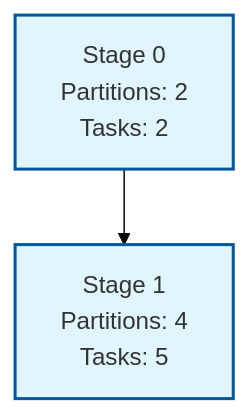
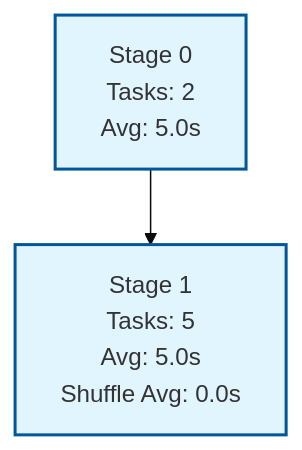
Before and after one commit to fhalde/fauxspark: the diagram in examples/shuffle/README.md, drawn with Mermaid (base theme). The commit also changed other lines of this file, not shown here.

````diff
--- a/examples/shuffle/README.md
+++ b/examples/shuffle/README.md
@@ -9,7 +9,7 @@
 ```mermaid
 graph TD
-    Stage0["Stage 0<br/>Partitions: 2<br/>Tasks: 2"] --> Stage1["Stage 1<br/>Partitions: 4<br/>Tasks: 5"]
+    Stage0["Stage 0<br/>Tasks: 2<br/>Avg: 5.0s"] --> Stage1["Stage 1<br/>Tasks: 5<br/>Avg: 5.0s<br/>Shuffle Avg: 0.0s"]
 
     classDef stageBox fill:#e1f5fe,stroke:#01579b,stroke-width:2px
     class Stage0,Stage1 stageBox
 ```
````
